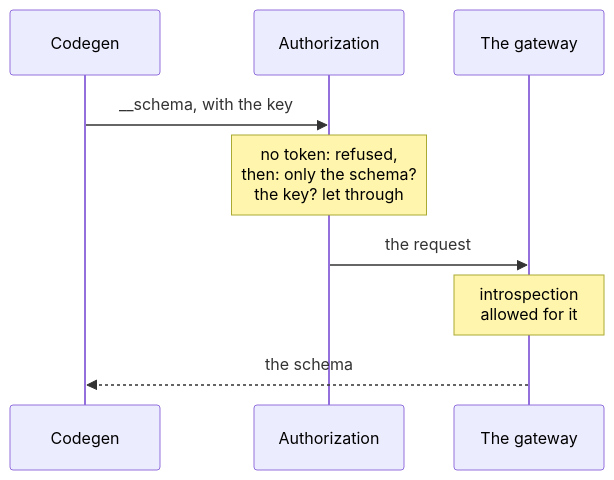
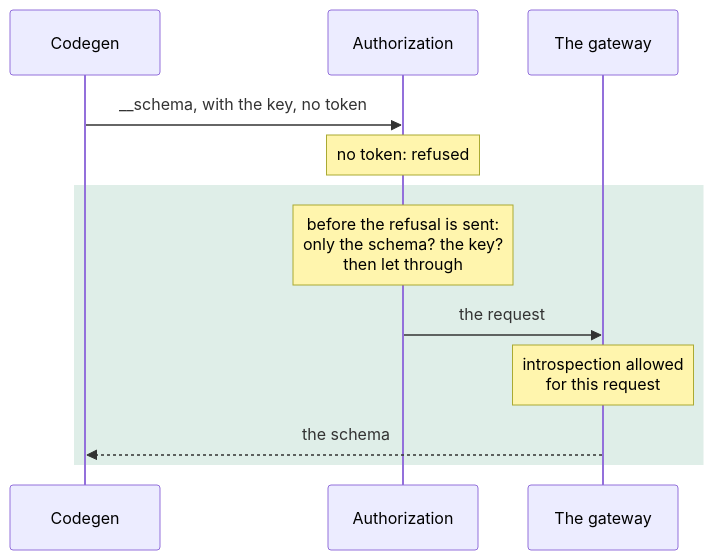
Before and after one commit to DylanSnel/DDDToolkit: the sixth of 6 diagrams in docs/graphql.md, drawn with Mermaid. The commit also changed other lines of this file and 41 other files, not shown here.

First line of the commit message:
Docs: plain prose, one word per concept, and readable diagrams on every page

````diff
--- a/docs/graphql.md
+++ b/docs/graphql.md
@@ -1721,11 +1815,14 @@
 ```mermaid
 sequenceDiagram
     participant Tool as Codegen
     participant Auth as Authorization
     participant Gateway as The gateway
-    Tool->>Auth: __schema, with the key
-    Note over Auth: no token: refused,<br/>then: only the schema?<br/>the key? let through
-    Auth->>Gateway: the request
-    Note over Gateway: introspection<br/>allowed for it
-    Gateway-->>Tool: the schema
+    Tool->>Auth: __schema, with the key, no token
+    Note over Auth: no token: refused
+    rect rgba(31, 138, 91, 0.14)
+        Note over Auth: before the refusal is sent:<br/>only the schema? the key?<br/>then let through
+        Auth->>Gateway: the request
+        Note over Gateway: introspection allowed<br/>for this request
+        Gateway-->>Tool: the schema
+    end
 ```
````
